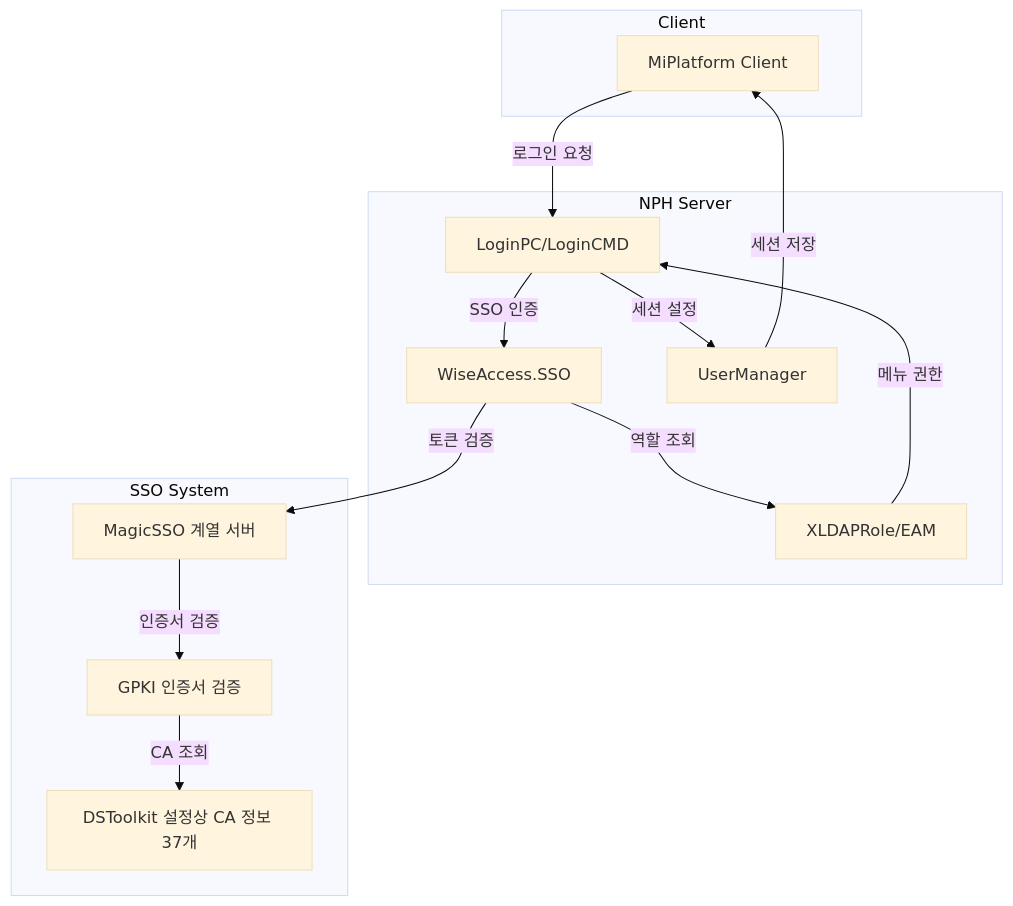
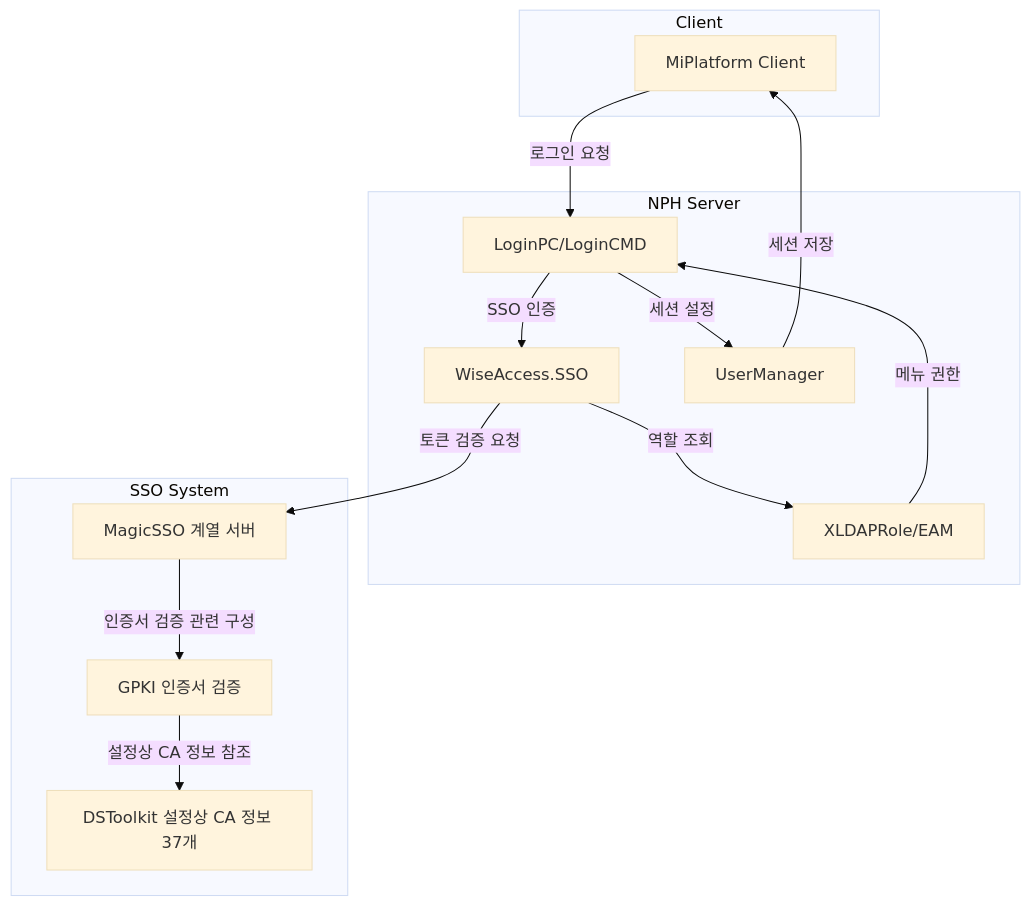
The first of 2 diagrams in 03.analysis_results/033.platform-services/0331.security-auth/B.MagicSSO-인증흐름.md (forsylph/nph), drawn with Mermaid (base theme) before and after one commit. The commit also changed other lines of this file and 9 other files, not shown here.

````diff
--- a/03.analysis_results/033.platform-services/0331.security-auth/B.MagicSSO-인증흐름.md
+++ b/03.analysis_results/033.platform-services/0331.security-auth/B.MagicSSO-인증흐름.md
@@ -38,29 +38,29 @@
 ```mermaid
 flowchart TB
     subgraph Client
         UI[MiPlatform Client]
     end
 
     subgraph NPH Server
         Login[LoginPC/LoginCMD]
         SSO[WiseAccess.SSO]
         EAM[XLDAPRole/EAM]
         UserManager[UserManager]
     end
 
     subgraph SSO System
         MagicSSO[MagicSSO 계열 서버]
         GPKI[GPKI 인증서 검증]
         CA[DSToolkit 설정상 CA 정보 37개]
     end
 
     UI --> |로그인 요청| Login
     Login --> |SSO 인증| SSO
-    SSO --> |토큰 검증| MagicSSO
-    MagicSSO --> |인증서 검증| GPKI
-    GPKI --> |CA 조회| CA
+    SSO --> |토큰 검증 요청| MagicSSO
+    MagicSSO --> |인증서 검증 관련 구성| GPKI
+    GPKI --> |설정상 CA 정보 참조| CA
     SSO --> |역할 조회| EAM
     EAM --> |메뉴 권한| Login
     Login --> |세션 설정| UserManager
     UserManager --> |세션 저장| UI
 ```
````
